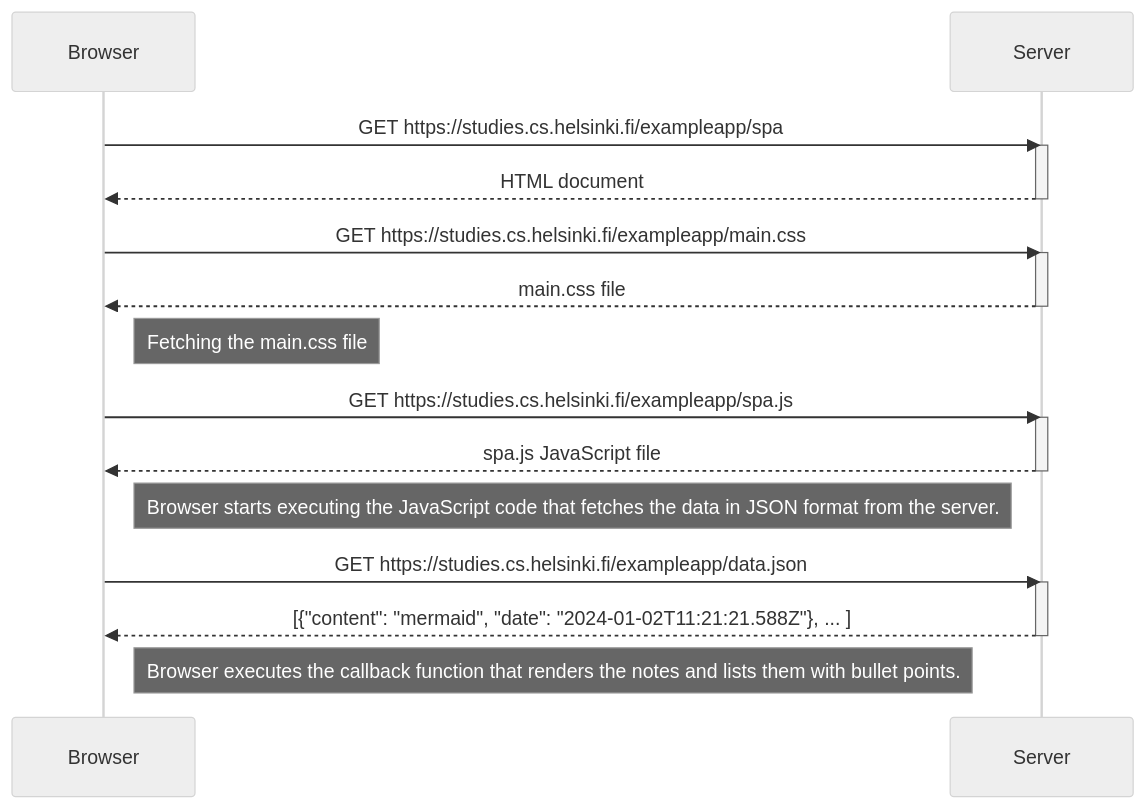
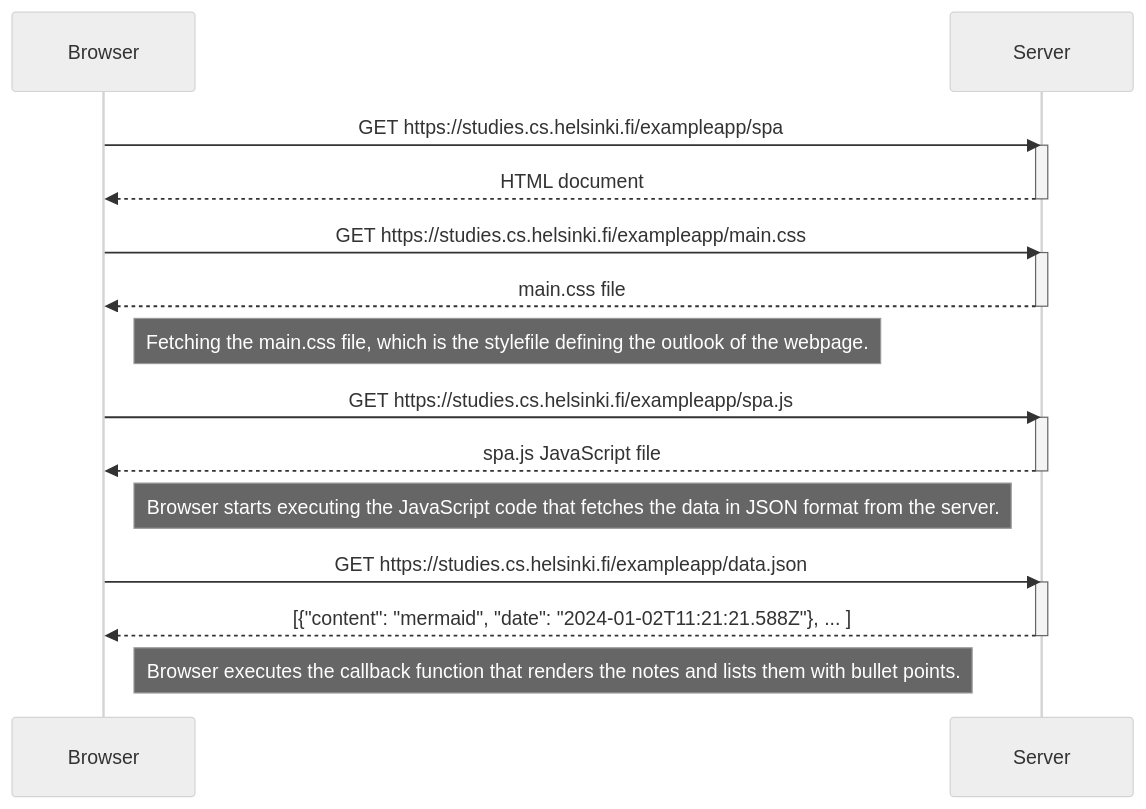
The diagram in osa0/0.5_single_page_app_diagram.md (ounisk/FullStack_palautus), drawn with Mermaid (neutral theme) before and after one commit.

Commit message:
Modify diagram note text

````diff
--- a/osa0/0.5_single_page_app_diagram.md
+++ b/osa0/0.5_single_page_app_diagram.md
@@ -1,30 +1,30 @@
 ```mermaid
 
 sequenceDiagram
     participant Browser
     participant Server
 
     Browser->>Server: GET https://studies.cs.helsinki.fi/exampleapp/spa
     activate Server
     Server-->>Browser: HTML document
     deactivate Server
 
     Browser->>Server: GET https://studies.cs.helsinki.fi/exampleapp/main.css
     activate Server
     Server-->>Browser: main.css file
     deactivate Server
-    Note right of Browser: Fetching the main.css file
+    Note right of Browser: Fetching the main.css file, which is the stylefile defining the outlook of the webpage.
 
     Browser->>Server: GET https://studies.cs.helsinki.fi/exampleapp/spa.js
     activate Server
     Server-->>Browser: spa.js JavaScript file
     deactivate Server
     Note right of Browser: Browser starts executing the JavaScript code that fetches the data in JSON format from the server.
 
     Browser->>Server: GET https://studies.cs.helsinki.fi/exampleapp/data.json
     activate Server
     Server-->>Browser: [{"content": "mermaid", "date": "2024-01-02T11:21:21.588Z"}, ... ]
     deactivate Server    
     Note right of Browser: Browser executes the callback function that renders the notes and lists them with bullet points. 
 
 ```
````
